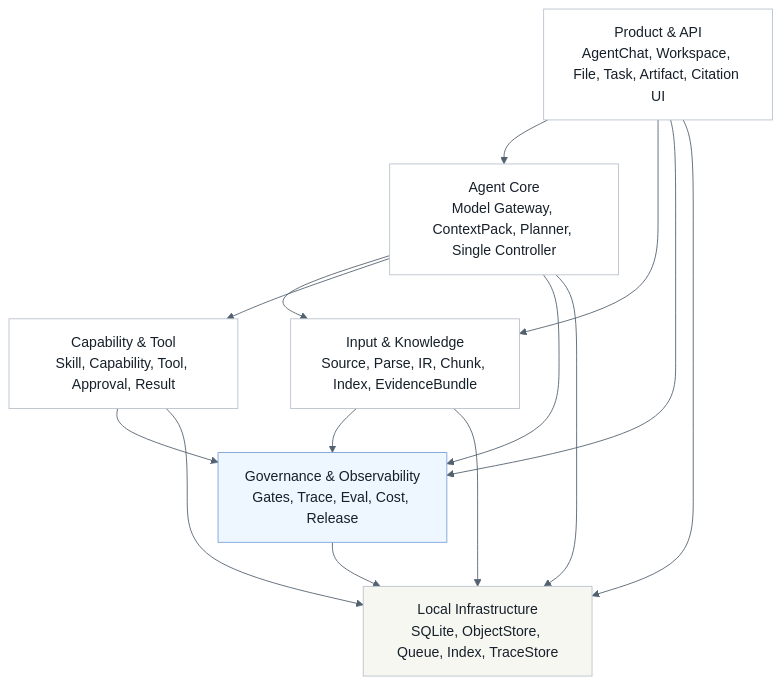
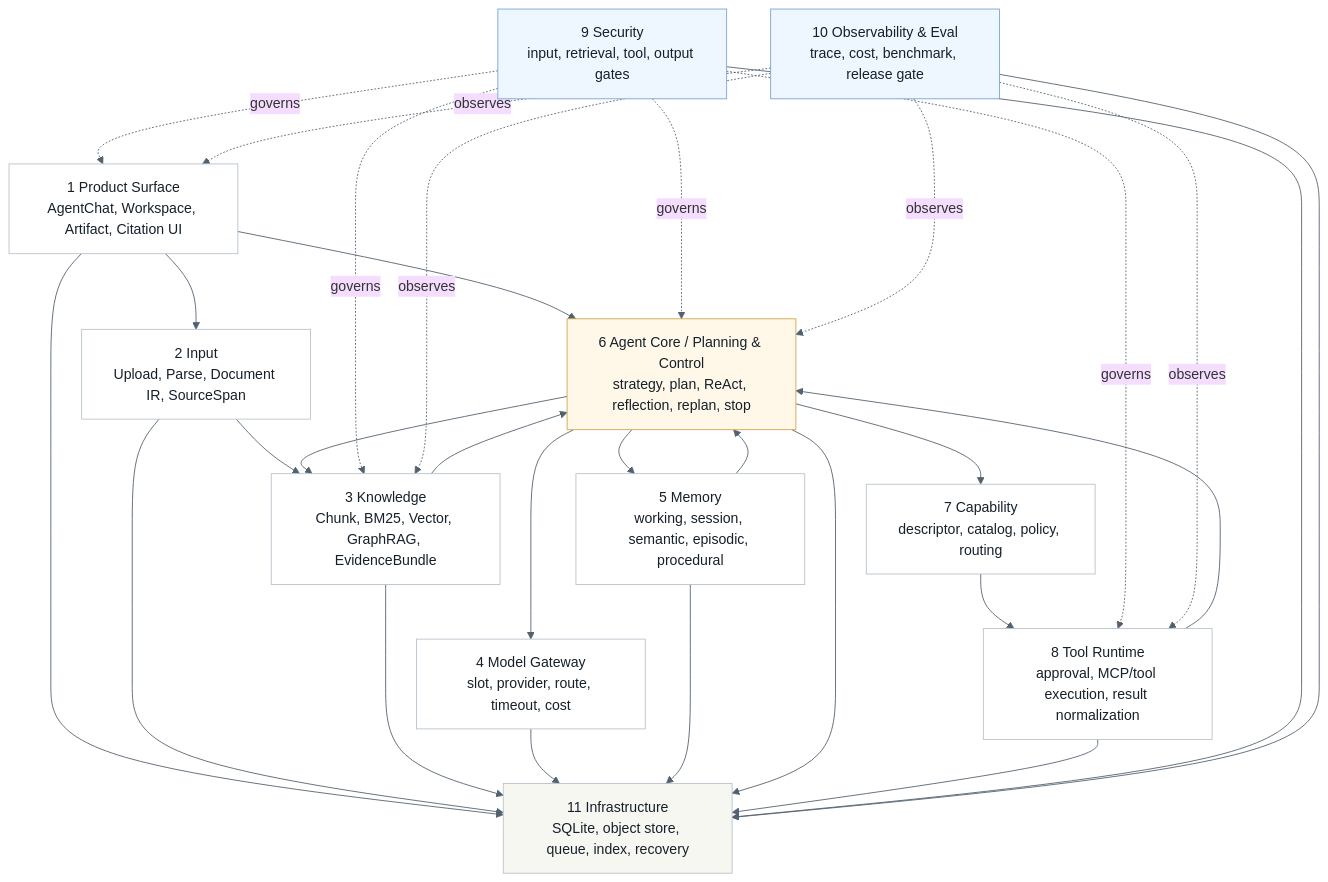
One commit to ProfessorZhi/Zuno changed the first of 13 diagrams in docs/architecture/architecture.md. Above: the diagram before and after it, drawn with Mermaid. The commit also changed other lines of this file and 9 other files, not shown here.

Commit message:
Clarify logical and physical architecture views

````diff
--- a/docs/architecture/architecture.md
+++ b/docs/architecture/architecture.md
@@ -445,32 +498,52 @@
 ```mermaid
 %%{init: {"theme": "base", "themeVariables": {"background": "#f7f8fb", "lineColor": "#52616f"}}}%%
 flowchart TB
   classDef node fill:#ffffff,stroke:#b8c2cc,stroke-width:1px,color:#16202a;
+  classDef core fill:#fff8e8,stroke:#d2a44a,stroke-width:1px,color:#16202a;
   classDef guard fill:#eef6ff,stroke:#7aa2d8,stroke-width:1px,color:#16202a;
   classDef infra fill:#f7f7f2,stroke:#b8c2cc,stroke-width:1px,color:#16202a;
 
-  Product["Product & API<br/>AgentChat, Workspace, File, Task, Artifact, Citation UI"]
-  Knowledge["Input & Knowledge<br/>Source, Parse, IR, Chunk, Index, EvidenceBundle"]
-  Agent["Agent Core<br/>Model Gateway, ContextPack, Planner, Single Controller"]
-  Capability["Capability & Tool<br/>Skill, Capability, Tool, Approval, Result"]
-  Governance["Governance & Observability<br/>Gates, Trace, Eval, Cost, Release"]
-  Infra["Local Infrastructure<br/>SQLite, ObjectStore, Queue, Index, TraceStore"]
+  Product["1 Product Surface<br/>AgentChat, Workspace, Artifact, Citation UI"]
+  Input["2 Input<br/>Upload, Parse, Document IR, SourceSpan"]
+  Knowledge["3 Knowledge<br/>Chunk, BM25, Vector, GraphRAG, EvidenceBundle"]
+  Model["4 Model Gateway<br/>slot, provider, route, timeout, cost"]
+  Memory["5 Memory<br/>working, session, semantic, episodic, procedural"]
+  Agent["6 Agent Core / Planning & Control<br/>strategy, plan, ReAct, reflection, replan, stop"]
+  Capability["7 Capability<br/>descriptor, catalog, policy, routing"]
+  Tool["8 Tool Runtime<br/>approval, MCP/tool execution, result normalization"]
+  Security["9 Security<br/>input, retrieval, tool, output gates"]
+  Observability["10 Observability & Eval<br/>trace, cost, benchmark, release gate"]
+  Infra["11 Infrastructure<br/>SQLite, object store, queue, index, recovery"]
 
   Product --> Agent
-  Product --> Knowledge
+  Product --> Input --> Knowledge
+  Agent --> Model
+  Agent --> Memory
   Agent --> Knowledge
-  Agent --> Capability
-  Knowledge --> Governance
-  Capability --> Governance
-  Agent --> Governance
-  Product --> Governance
-  Governance --> Infra
+  Agent --> Capability --> Tool
+  Tool --> Agent
+  Knowledge --> Agent
+  Memory --> Agent
+  Security -. governs .-> Product
+  Security -. governs .-> Knowledge
+  Security -. governs .-> Tool
+  Security -. governs .-> Agent
+  Observability -. observes .-> Product
+  Observability -. observes .-> Knowledge
+  Observability -. observes .-> Tool
+  Observability -. observes .-> Agent
   Product --> Infra
+  Input --> Infra
   Knowledge --> Infra
+  Model --> Infra
+  Memory --> Infra
   Agent --> Infra
-  Capability --> Infra
+  Tool --> Infra
+  Security --> Infra
+  Observability --> Infra
 
-  class Product,Knowledge,Agent,Capability node;
-  class Governance guard;
+  class Product,Input,Knowledge,Model,Memory,Capability,Tool node;
+  class Agent core;
+  class Security,Observability guard;
   class Infra infra;
 ```
````
